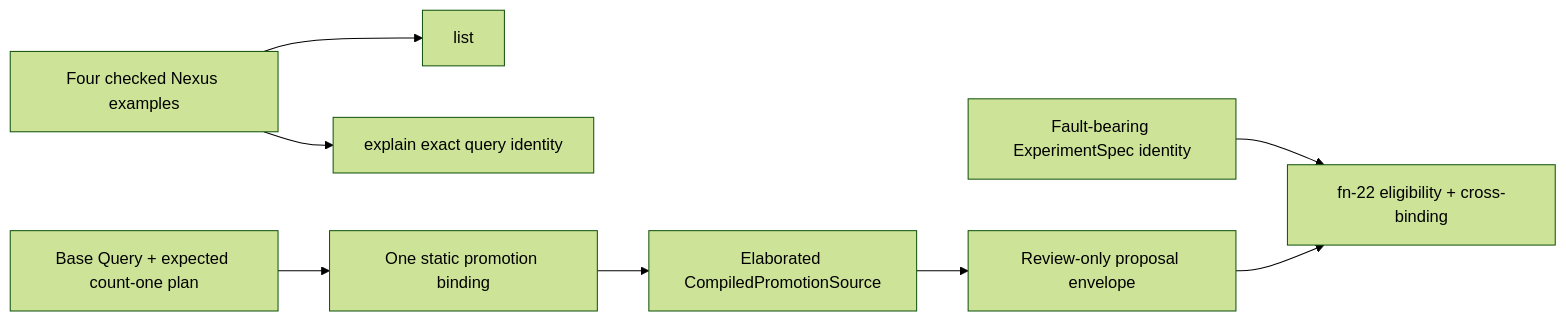
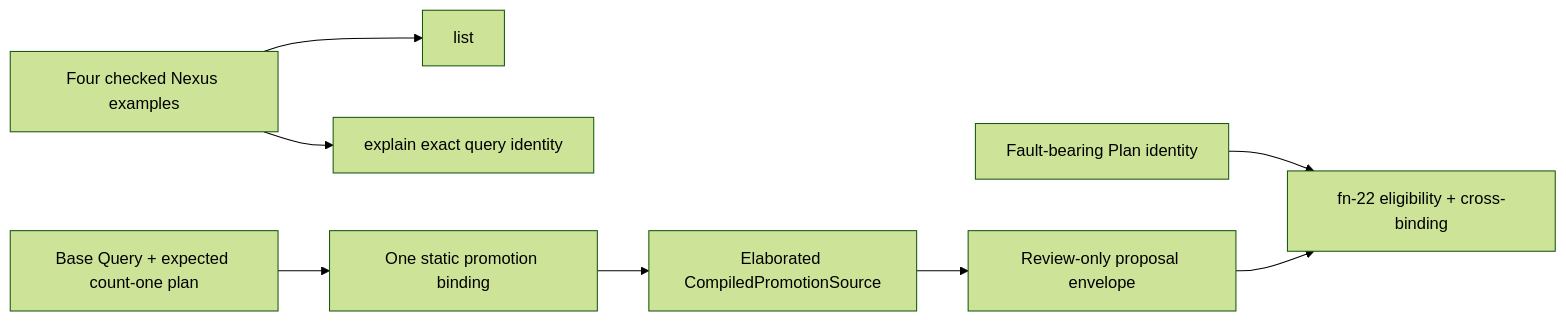
The diagram in .flow/specs/fn-5-umpire-discovery-promotion-and-artifact.md (stephanos/temporal), drawn with Mermaid (forest theme) before and after one commit. The commit also changed other lines of this file and 43 other files, not shown here.

First line of the commit message:
chore(umpire): retire the Planning and ExperimentSpec vocabulary in the gate

````diff
--- a/.flow/specs/fn-5-umpire-discovery-promotion-and-artifact.md
+++ b/.flow/specs/fn-5-umpire-discovery-promotion-and-artifact.md
@@ -65,10 +65,10 @@
 ```mermaid
 flowchart LR
   N[Four checked Nexus examples] --> L[list]
   N --> E[explain exact query identity]
   Q[Base Query + expected count-one plan] --> B[One static promotion binding]
-  D[Fault-bearing ExperimentSpec identity] --> F[fn-22 eligibility + cross-binding]
+  D[Fault-bearing Plan identity] --> F[fn-22 eligibility + cross-binding]
   B --> C[Elaborated CompiledPromotionSource]
   C --> P[Review-only proposal envelope]
   P --> F
 ```
````
